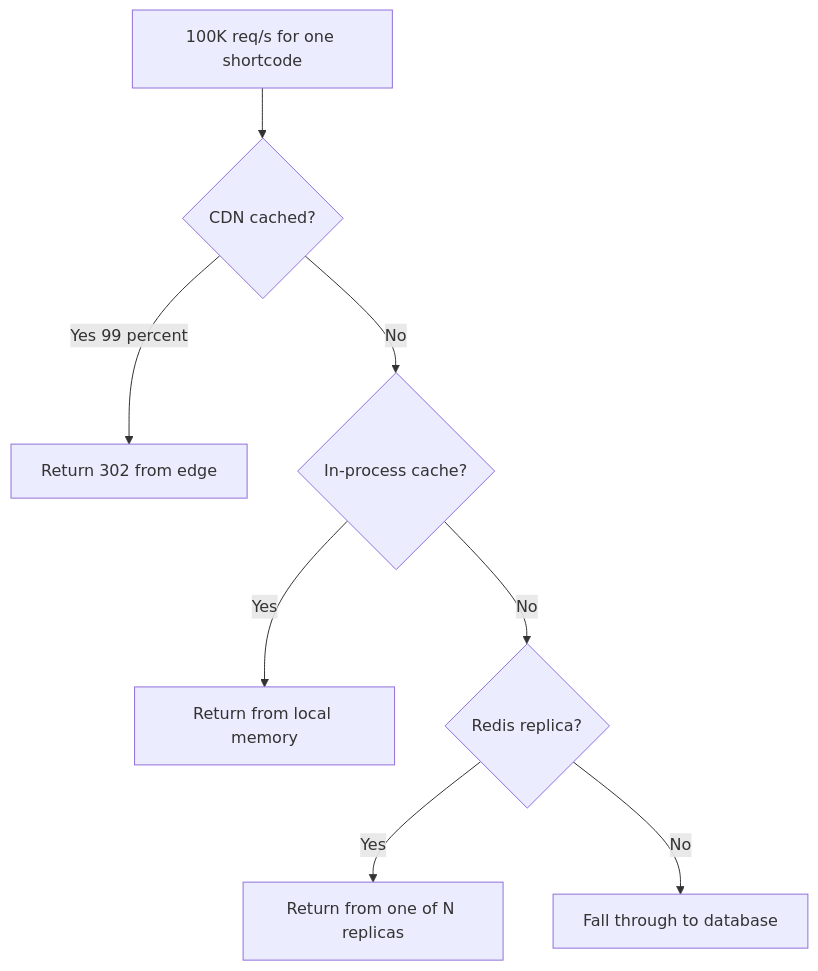
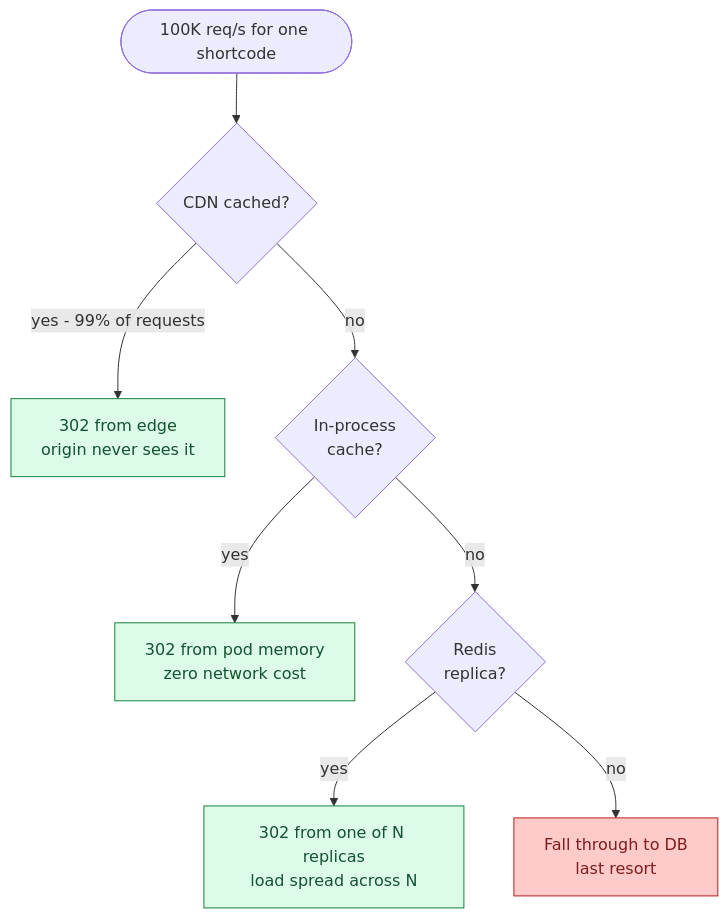
The tenth of 11 diagrams in problems/001-url-shortener/question.md (shiningflash/system-design), drawn with Mermaid before and after one commit. The commit also changed other lines of this file and 38 other files, not shown here.

````diff
--- a/problems/001-url-shortener/question.md
+++ b/problems/001-url-shortener/question.md
@@ -338,10 +387,13 @@
 ```mermaid
 flowchart TD
-  A[100K req/s for one shortcode] --> B{CDN cached?}
-  B -->|Yes 99 percent| C[Return 302 from edge]
-  B -->|No| D{In-process cache?}
-  D -->|Yes| E[Return from local memory]
-  D -->|No| F{Redis replica?}
-  F -->|Yes| G[Return from one of N replicas]
-  F -->|No| H[Fall through to database]
+    Start([100K req/s for one shortcode]) --> CDN{"CDN cached?"}
+    CDN -->|yes - 99% of requests| A["302 from edge<br/>origin never sees it"]:::ok
+    CDN -->|no| InProc{"In-process<br/>cache?"}
+    InProc -->|yes| B["302 from pod memory<br/>zero network cost"]:::ok
+    InProc -->|no| Replica{"Redis<br/>replica?"}
+    Replica -->|yes| C["302 from one of N replicas<br/>load spread across N"]:::ok
+    Replica -->|no| D["Fall through to DB<br/>last resort"]:::bad
+
+    classDef ok fill:#dcfce7,stroke:#15803d,color:#14532d
+    classDef bad fill:#fecaca,stroke:#b91c1c,color:#7f1d1d
 ```
````
